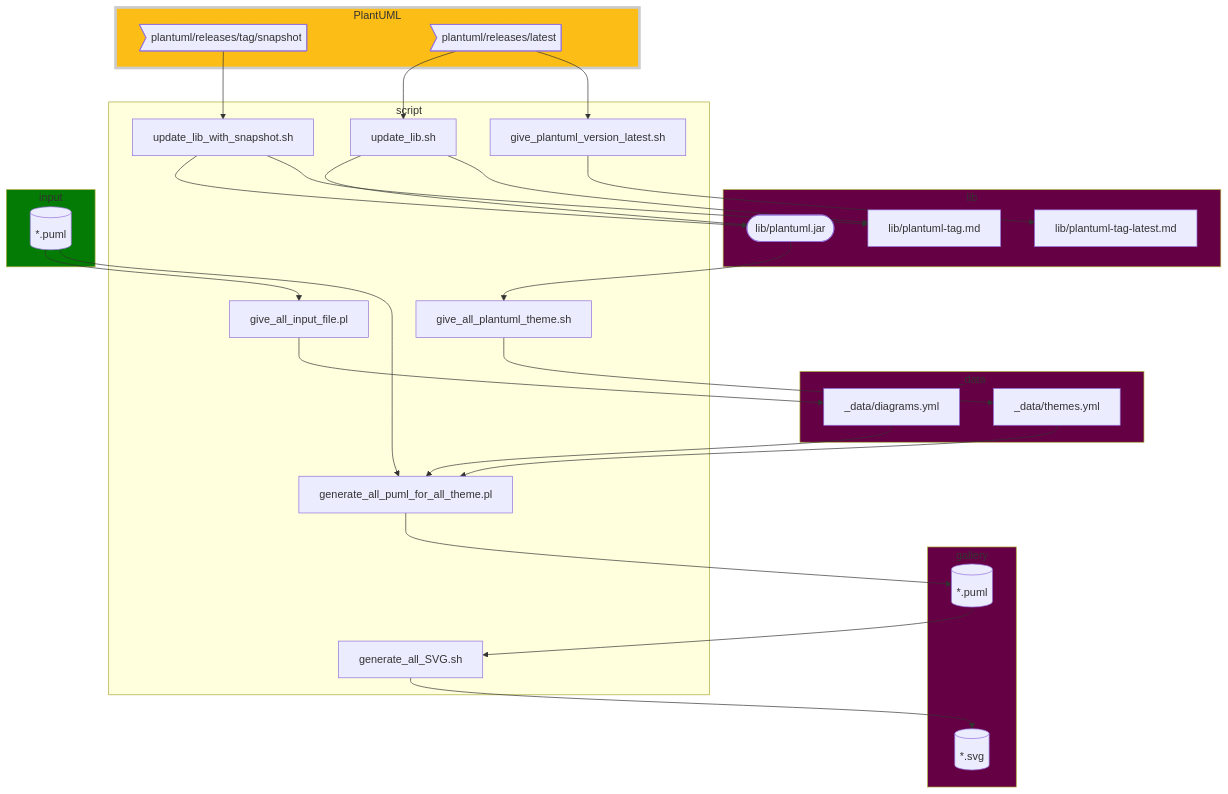
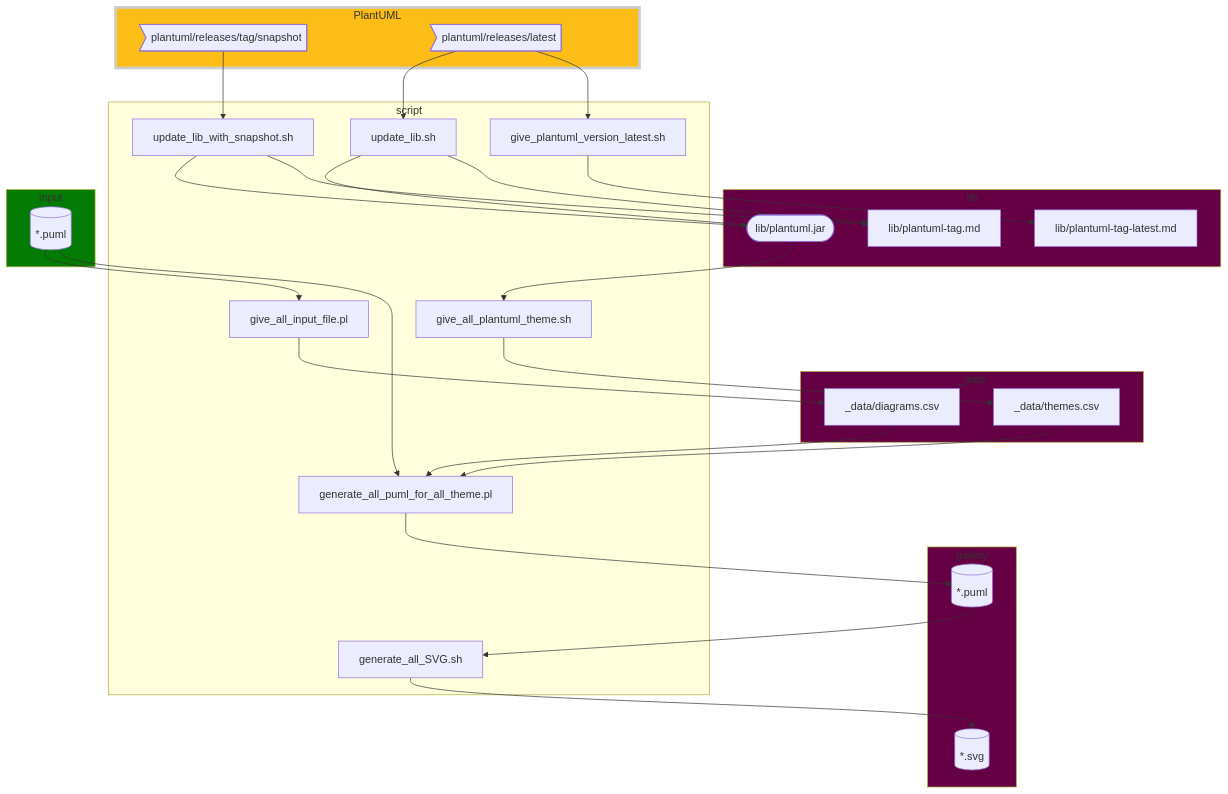
The first of 2 diagrams in script/readme.md (The-Lum/puml-themes-gallery), drawn with Mermaid before and after one commit. The commit also changed 12 other files, not shown here.

First line of the commit message:
Switch from YAML data files to CSV for easier processing

````diff
--- a/script/readme.md
+++ b/script/readme.md
@@ -3,58 +3,58 @@
 ```mermaid
 flowchart TD
 
 subgraph lib
 b([lib/plantuml.jar])
 vl[lib/plantuml-tag-latest.md]
 v[lib/plantuml-tag.md]
 end
 
 subgraph _data
-at[_data/themes.yml]
-if[_data/diagrams.yml]
+at[_data/themes.csv]
+if[_data/diagrams.csv]
 end
 
 subgraph gallery
 puml[(*.puml)]
 svg[(*.svg)]
 end
 
 
 subgraph script
 A[update_lib_with_snapshot.sh]
 B[update_lib.sh]
 VL[give_plantuml_version_latest.sh]
 AllTheme[give_all_plantuml_theme.sh]
 giveInput[give_all_input_file.pl]
 genPUML[generate_all_puml_for_all_theme.pl]
 genSVG[generate_all_SVG.sh]
 end
 
 subgraph input
 i[(*.puml)]
 end
 
 
 subgraph PlantUML
 s>plantuml/releases/tag/snapshot]
 r>plantuml/releases/latest]
 end
 style PlantUML fill:#fbbd16,stroke:#ccc,stroke-width:4px
 
 s --> A --> b
 r --> B --> b
 
 r --> VL --> vl
 A & B --> v
 
 b --> AllTheme --> at
 i --> giveInput --> if
 
 puml --> genSVG --> svg
 at & i & if --> genPUML --> puml
 
 style input fill:#047b04
 style lib fill:#660044
 style _data fill:#660044
 style gallery fill:#660044
 ```
````
